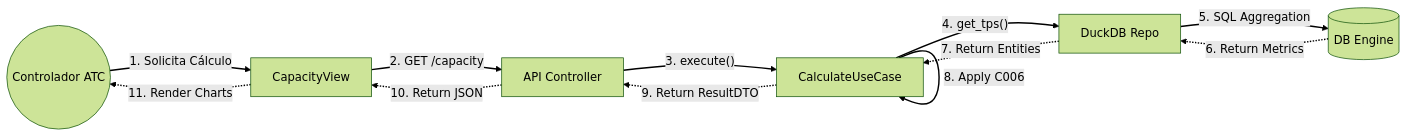
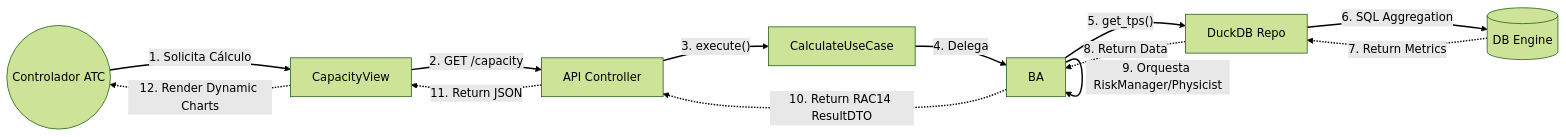
Before and after one commit to ivmafo/tsis_umb_data_science: the fifth of 8 diagrams in docs/project_blueprints.md, drawn with Mermaid (forest theme). The commit also changed other lines of this file and 54 other files, not shown here.

````diff
--- a/docs/project_blueprints.md
+++ b/docs/project_blueprints.md
@@ -233,23 +267,24 @@
 ```mermaid
 graph LR
     User(("Controlador ATC"))
     UI["CapacityView"]
     Ctrl["API Controller"]
     UC["CalculateUseCase"]
     Repo["DuckDB Repo"]
     DB[("DB Engine")]
 
     linkStyle default stroke-width:2px,fill:none,stroke:black;
 
     User -- "1. Solicita Cálculo" --> UI
     UI -- "2. GET /capacity" --> Ctrl
     Ctrl -- "3. execute()" --> UC
-    UC -- "4. get_tps()" --> Repo
-    Repo -- "5. SQL Aggregation" --> DB
-    DB -. "6. Return Metrics" .-> Repo
-    Repo -. "7. Return Entities" .-> UC
-    UC -- "8. Apply C006" --> UC
-    UC -. "9. Return ResultDTO" .-> Ctrl
-    Ctrl -. "10. Return JSON" .-> UI
-    UI -. "11. Render Charts" .-> User
+    UC -- "4. Delega" --> BA
+    BA -- "5. get_tps()" --> Repo
+    Repo -- "6. SQL Aggregation" --> DB
+    DB -. "7. Return Metrics" .-> Repo
+    Repo -. "8. Return Data" .-> BA
+    BA -- "9. Orquesta RiskManager/Physicist" --> BA
+    BA -. "10. Return RAC14 ResultDTO" .-> Ctrl
+    Ctrl -. "11. Return JSON" .-> UI
+    UI -. "12. Render Dynamic Charts" .-> User
 ```
````
